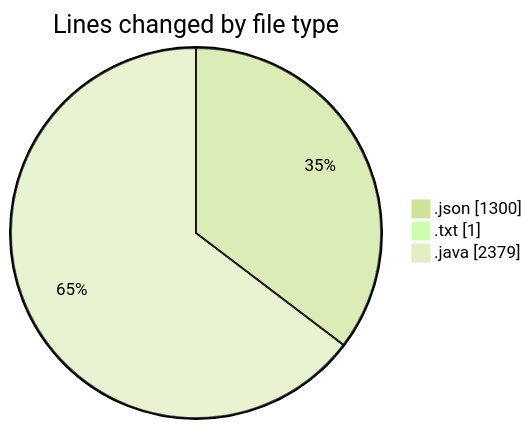
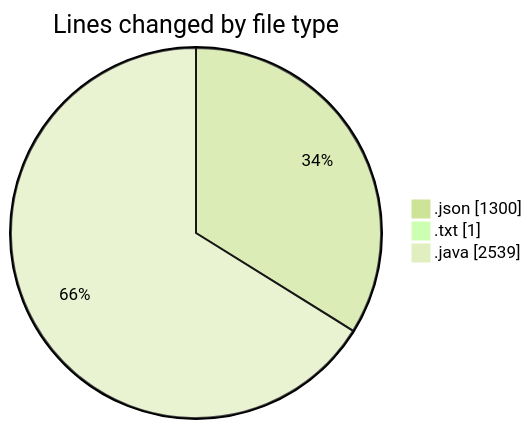
One commit to ricardozamudiocil/code-tracking changed the first of 2 diagrams in 2026-10-15/cilapp/README.md. Above: the diagram before and after it, drawn with Mermaid (forest theme). The commit also changed other lines of this file and 1 other file, not shown here.

````diff
--- a/2026-10-15/cilapp/README.md
+++ b/2026-10-15/cilapp/README.md
@@ -23,7 +23,7 @@
 ```mermaid
 pie showData
 title Lines changed by file type
 ".json" : 1300
 ".txt" : 1
-".java" : 2379
+".java" : 2539
 ```
````
